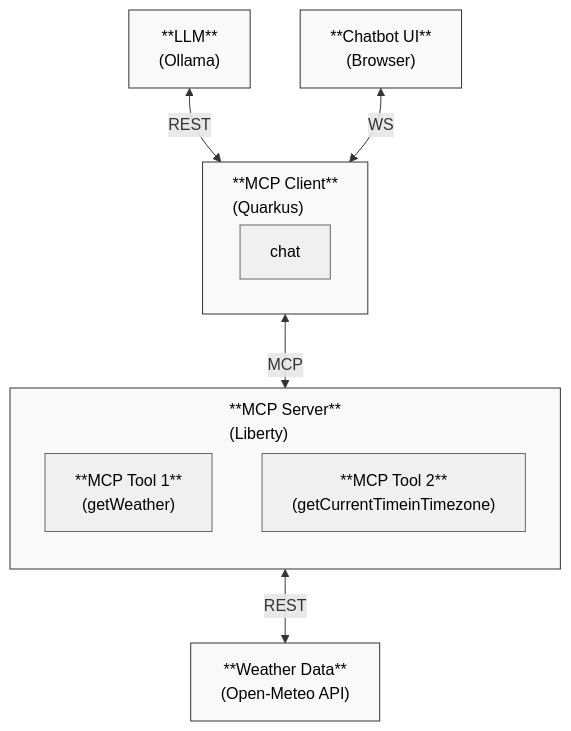
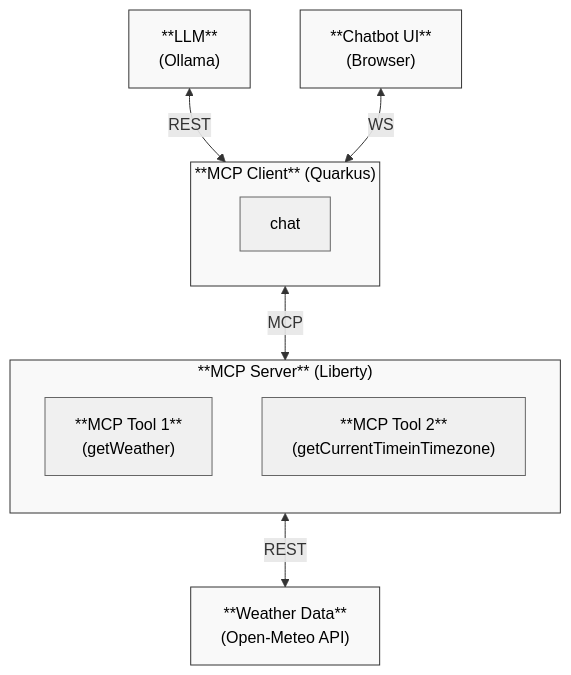
The diagram in README.md (cloudnativedemo/liberty-mcp-server), drawn with Mermaid before and after one commit.

Commit message:
Updating chart

````diff
--- a/README.md
+++ b/README.md
@@ -8,38 +8,32 @@
 ```mermaid
----
-config:
-  flowchart:
-    subGraphTitleMargin:
-      top: 10
-      bottom: 18
----
+
 flowchart TD
     LLM["**LLM**<br>(Ollama)"]
     UI["**Chatbot UI**<br>(Browser)"]
     
-    subgraph Client["**MCP Client**<br>(Quarkus)"]
+    subgraph Client["**MCP Client** (Quarkus)"]
         Tool_Client["chat"]
     end
     
-    subgraph Server["**MCP Server**<br>(Liberty)"]
+    subgraph Server["**MCP Server** (Liberty)"]
         direction TB
         Tool_1["**MCP Tool 1**<br>(getWeather)"]
         Tool_2["**MCP Tool 2**<br>(getCurrentTimeinTimezone)"]
     end
 
     API["**Weather Data**<br>(Open-Meteo API)"]
     
     LLM <--"REST"--> Client
     UI <--"WS"--> Client
     Client <--"MCP"--> Server
     Tool_1 <--"REST"--> API
     
     classDef component fill:#f9f9f9,stroke:#333,stroke-width:1px,color:black;
     class LLM,UI,Client,API component;
     classDef serverComponent fill:#f9f9f9,stroke:#333,stroke-width:1px,color:black;
     class Server serverComponent;
     classDef toolComponent fill:#f0f0f0,stroke:#666,stroke-width:1px,color:black;
     class Tool_1 toolComponent;
     class Tool_2 toolComponent;
     class Tool_Client toolComponent;
 ```
````
